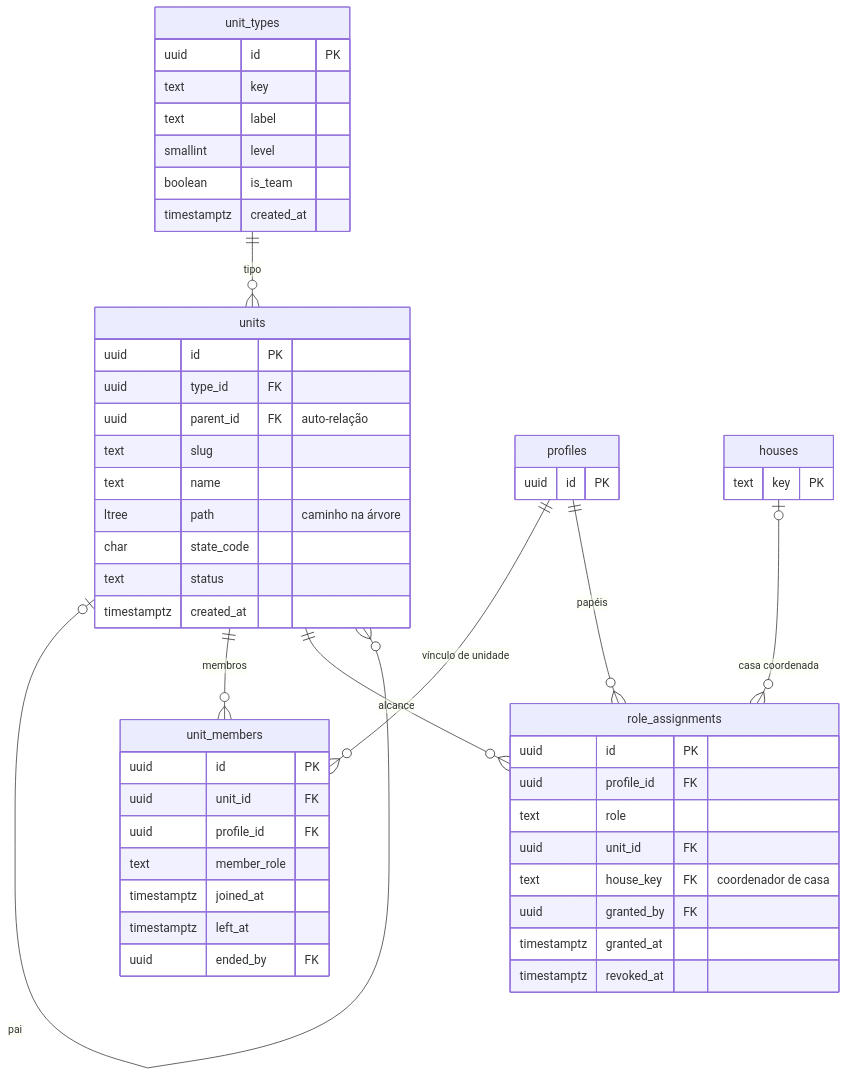
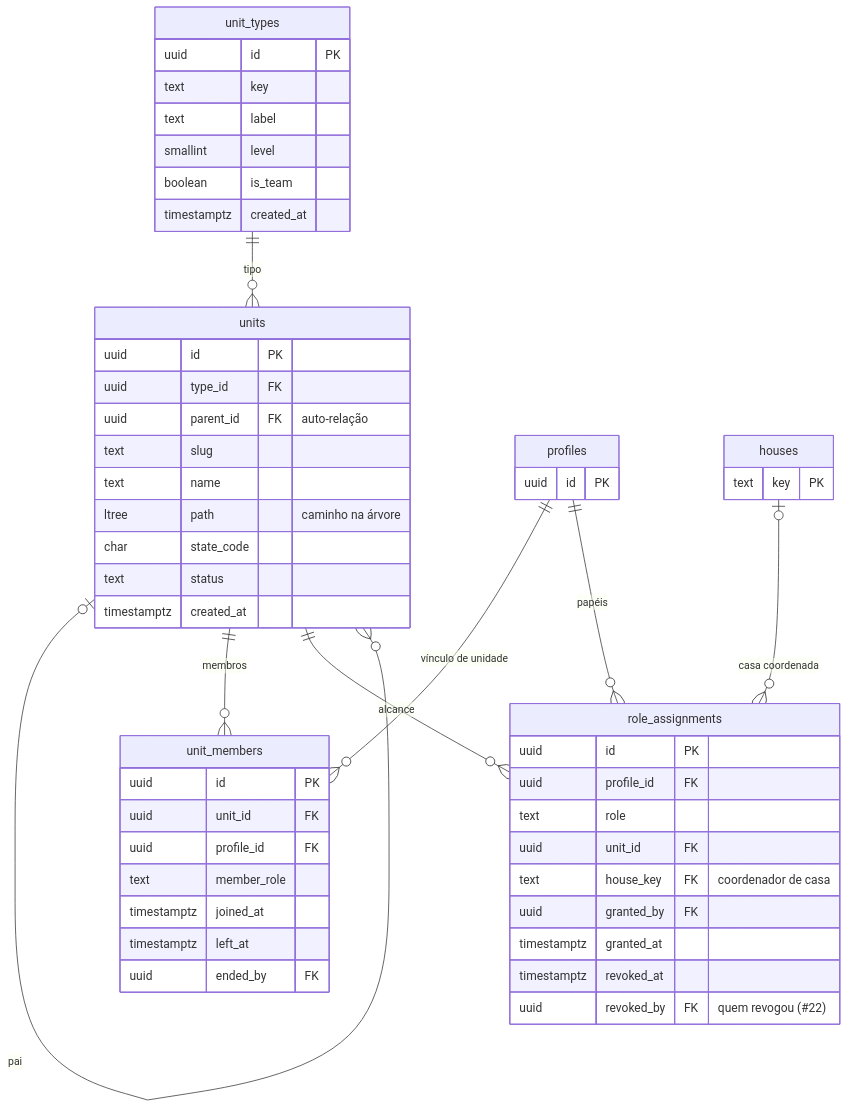
Before and after one commit to felipemaion/Complexo42: the sixth of 9 diagrams in docs/DIAGRAMAS.md, drawn with Mermaid. The commit also changed other lines of this file, not shown here.

Commit message:
docs: role_grant_attempts e revoked_by no diagrama do modelo de dados (#22)

````diff
--- a/docs/DIAGRAMAS.md
+++ b/docs/DIAGRAMAS.md
@@ -275,54 +275,55 @@
 ```mermaid
 erDiagram
     unit_types {
         uuid id PK
         text key
         text label
         smallint level
         boolean is_team
         timestamptz created_at
     }
     units {
         uuid id PK
         uuid type_id FK
         uuid parent_id FK "auto-relação"
         text slug
         text name
         ltree path "caminho na árvore"
         char state_code
         text status
         timestamptz created_at
     }
     unit_members {
         uuid id PK
         uuid unit_id FK
         uuid profile_id FK
         text member_role
         timestamptz joined_at
         timestamptz left_at
         uuid ended_by FK
     }
     role_assignments {
         uuid id PK
         uuid profile_id FK
         text role
         uuid unit_id FK
         text house_key FK "coordenador de casa"
         uuid granted_by FK
         timestamptz granted_at
         timestamptz revoked_at
+        uuid revoked_by FK "quem revogou (#22)"
     }
     profiles {
         uuid id PK
     }
     houses {
         text key PK
     }
     unit_types ||--o{ units : "tipo"
     units |o--o{ units : "pai"
     units ||--o{ unit_members : "membros"
     profiles ||--o{ unit_members : "vínculo de unidade"
     profiles ||--o{ role_assignments : "papéis"
     units ||--o{ role_assignments : "alcance"
     houses |o--o{ role_assignments : "casa coordenada"
 ```
````
